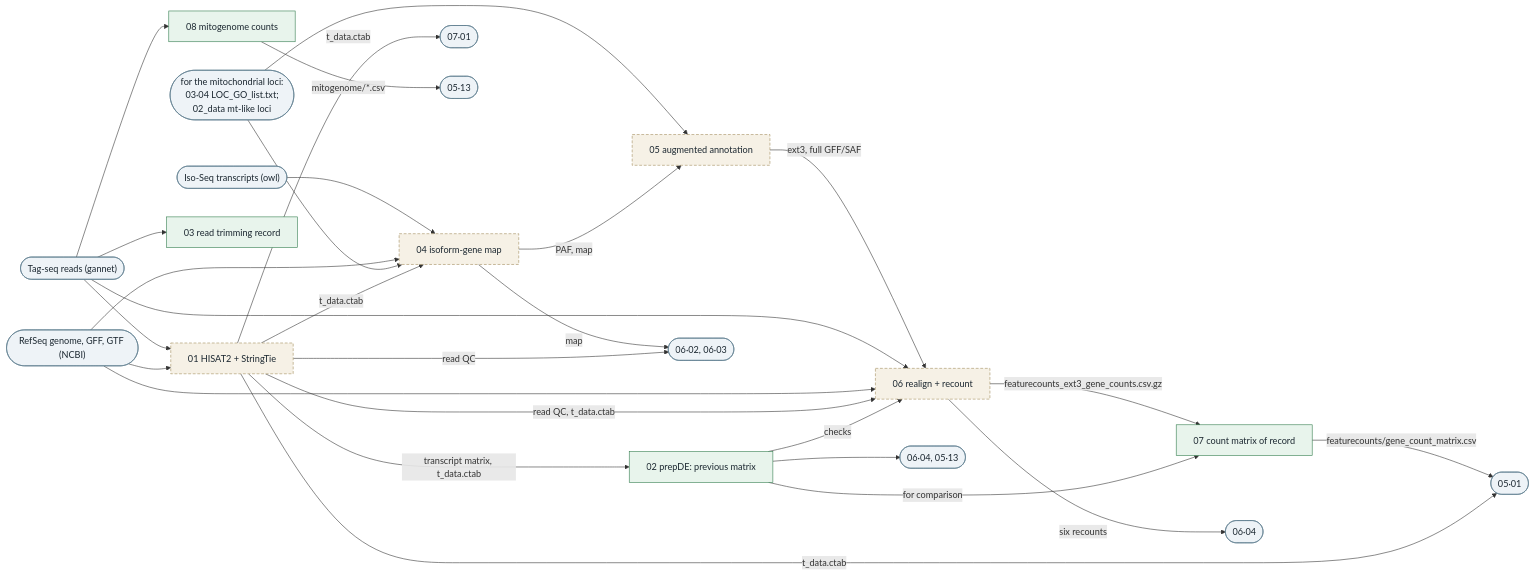
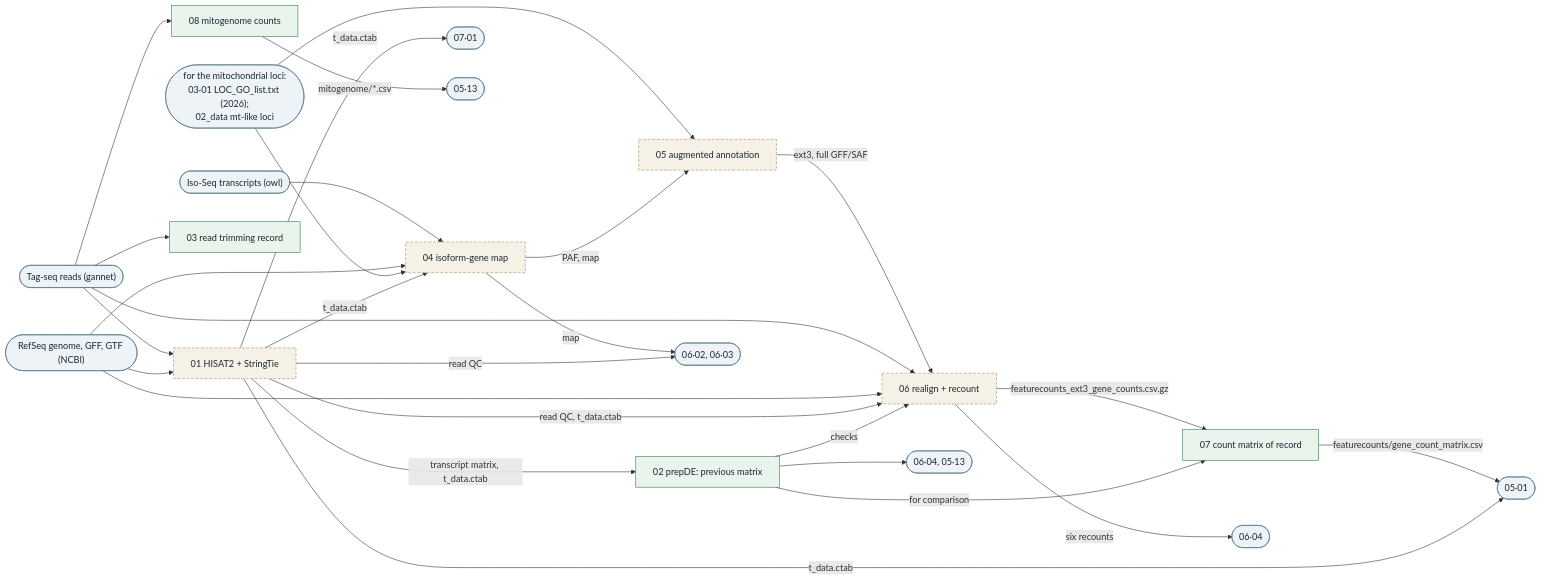
The fourth of 9 diagrams in README.md (mattgeorgephd/PSMFC-mytilus-byssus-pilot), drawn with Mermaid before and after one commit. The commit also changed other lines of this file and 24 other files, not shown here.

````diff
--- a/README.md
+++ b/README.md
@@ -267,46 +271,46 @@
 ```mermaid
 flowchart LR
   reads(["Tag-seq reads (gannet)"])
   ncbi(["RefSeq genome, GFF, GTF (NCBI)"])
   iso(["Iso-Seq transcripts (owl)"])
-  mt(["for the mitochondrial loci:<br>03·04 LOC_GO_list.txt;<br>02_data mt-like loci"])
+  mt(["for the mitochondrial loci:<br>03·01 LOC_GO_list.txt (2026);<br>02_data mt-like loci"])
   a1["01 HISAT2 + StringTie"]
   a2["02 prepDE: previous matrix"]
   a3["03 read trimming record"]
   a4["04 isoform-gene map"]
   a5["05 augmented annotation"]
   a6["06 realign + recount"]
   a7["07 count matrix of record"]
   a8["08 mitogenome counts"]
   reads --> a1
   ncbi --> a1
   a1 -- "transcript matrix, t_data.ctab" --> a2
   reads --> a3
   iso --> a4
   ncbi --> a4
   mt --> a4
   mt --> a5
   a1 -- "t_data.ctab" --> a4
   a4 -- "PAF, map" --> a5 -- "ext3, full GFF/SAF" --> a6
   reads --> a6
   ncbi --> a6
   a1 -- "read QC, t_data.ctab" --> a6
   a2 -- "checks" --> a6
   a6 -- "featurecounts_ext3_gene_counts.csv.gz" --> a7
   a2 -- "for comparison" --> a7
   reads --> a8
   a7 -- "featurecounts/gene_count_matrix.csv" --> d1(["05·01"])
   a1 -- "t_data.ctab" --> d1
   a1 -- "t_data.ctab" --> g1(["07·01"])
   a4 -- "map" --> o4(["06·02, 06·03"])
   a1 -- "read QC" --> o4
   a6 -- "six recounts" --> o44(["06·04"])
   a2 --> o2(["06·04, 05·13"])
   a8 -- "mitogenome/*.csv" --> d13(["05·13"])
   classDef ext fill:#eef3f7,stroke:#5b7a8c,color:#1b2730
   classDef off fill:#f6f1e6,stroke:#a08a5a,stroke-dasharray:5 3,color:#1b2730
   classDef run fill:#e8f4ec,stroke:#2f7a4a,color:#1b2730
   class reads,ncbi,iso,mt,d1,g1,o4,o44,o2,d13 ext
   class a1,a4,a5,a6 off
   class a2,a3,a7,a8 run
 ```
````
